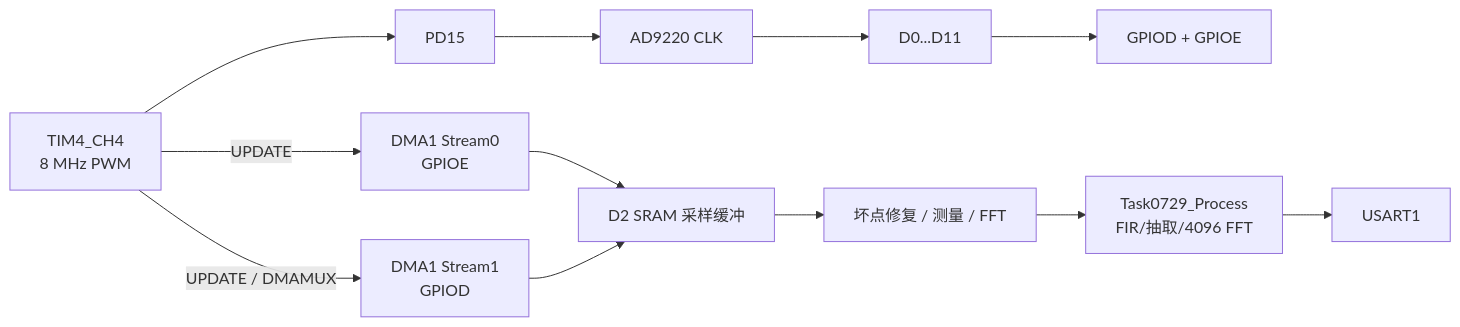
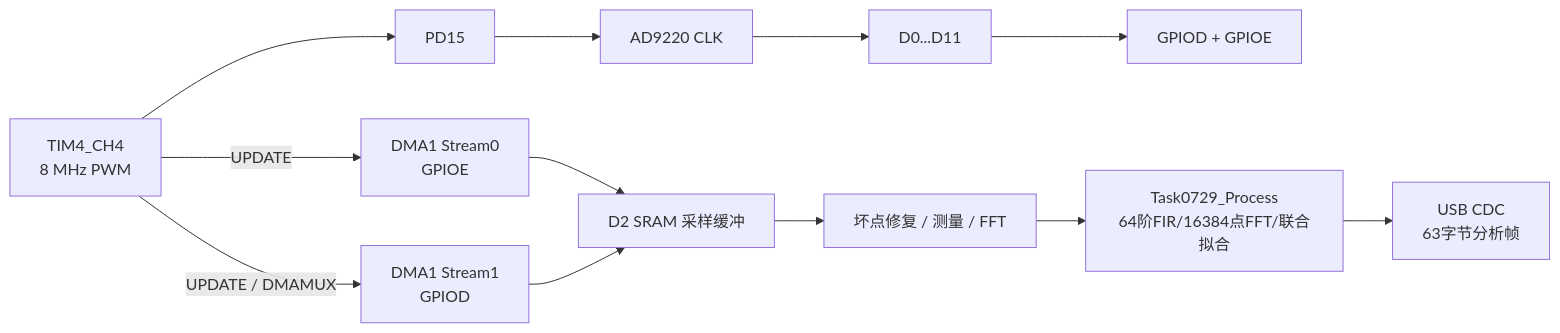
One commit to Dony-kylin/STM32H743 changed the diagram in README.md. Above: the diagram before and after it, drawn with Mermaid. The commit also changed other lines of this file and 11 other files, not shown here.

````diff
--- a/README.md
+++ b/README.md
@@ -26,14 +26,14 @@
 ```mermaid
 flowchart LR
     TIM4["TIM4_CH4<br/>8 MHz PWM"] --> CLK["PD15"]
     CLK --> ADC["AD9220 CLK"]
     ADC --> DATA["D0...D11"]
     DATA --> GPIO["GPIOD + GPIOE"]
     TIM4 -->|"UPDATE"| DMAE["DMA1 Stream0<br/>GPIOE"]
     TIM4 -->|"UPDATE / DMAMUX"| DMAD["DMA1 Stream1<br/>GPIOD"]
     DMAE --> BUF["D2 SRAM 采样缓冲"]
     DMAD --> BUF
     BUF --> PROCESS["坏点修复 / 测量 / FFT"]
-    PROCESS --> SIMULINK["Task0729_Process<br/>FIR/抽取/4096 FFT"]
-    SIMULINK --> UART["USART1"]
+    PROCESS --> SIMULINK["Task0729_Process<br/>64阶FIR/16384点FFT/联合拟合"]
+    SIMULINK --> USB["USB CDC<br/>63字节分析帧"]
 ```
````
